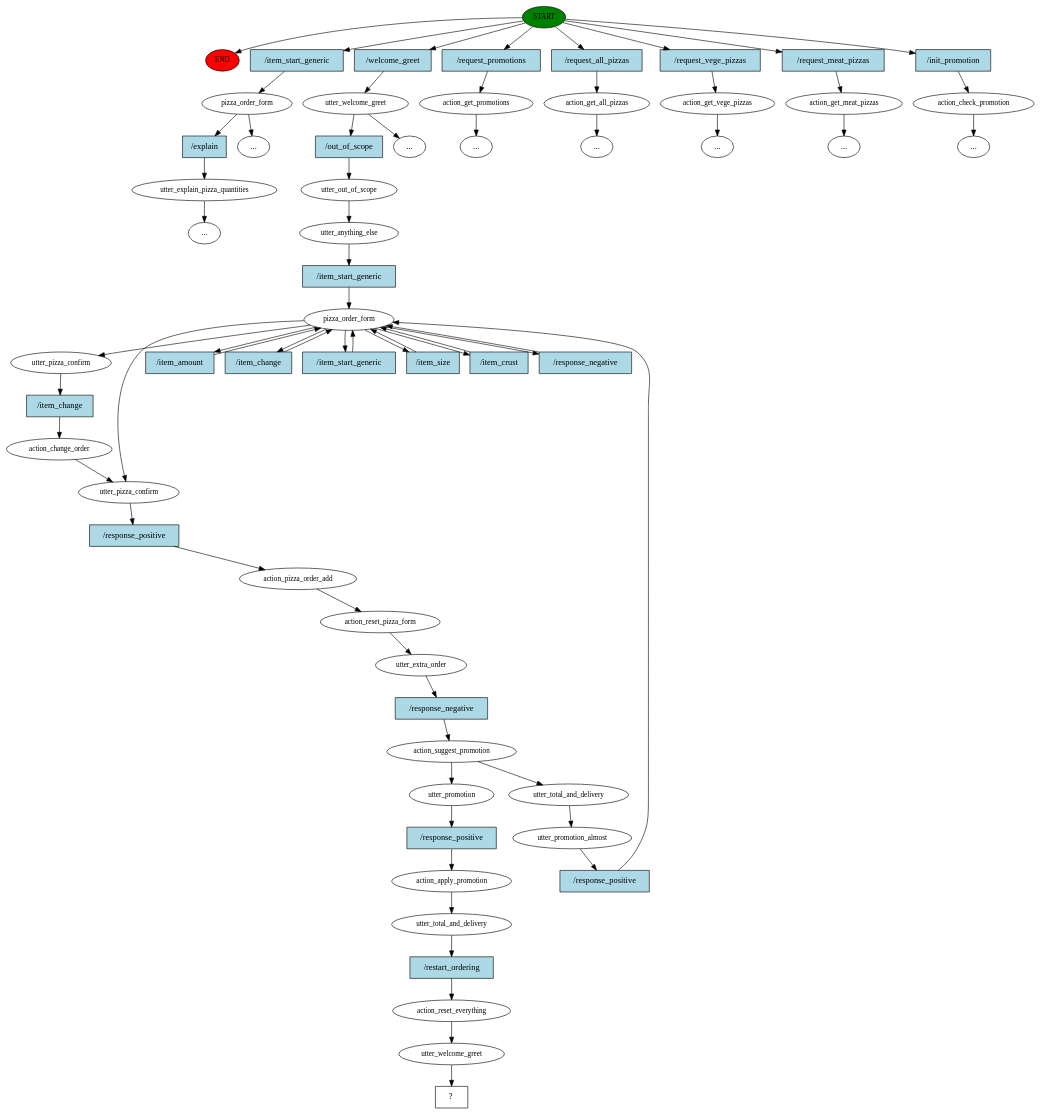
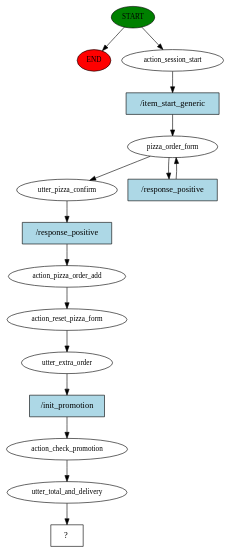
The diagram in story_graph.dot (pasterzewa/HMD-PizzaBot-project), drawn with Graphviz before and after one commit. The commit also changed 383 other files, not shown here.

```diff
--- a/story_graph.dot
+++ b/story_graph.dot
@@ -1,125 +1,32 @@
 digraph  {
 0 [class="start active", fillcolor=green, fontsize=12, label=START, style=filled];
 "-1" [class=end, fillcolor=red, fontsize=12, label=END, style=filled];
-1 [class="", fontsize=12, label=pizza_order_form];
-9 [class=active, fontsize=12, label=utter_welcome_greet];
-41 [class="", fontsize=12, label=action_get_promotions];
-"-44" [class=ellipsis, label="..."];
-45 [class="", fontsize=12, label=action_get_all_pizzas];
-"-47" [class=ellipsis, label="..."];
-46 [class="", fontsize=12, label=action_get_vege_pizzas];
-"-48" [class=ellipsis, label="..."];
-47 [class="", fontsize=12, label=action_get_meat_pizzas];
-"-49" [class=ellipsis, label="..."];
-53 [class="", fontsize=12, label=action_check_promotion];
-"-56" [class=ellipsis, label="..."];
-57 [class="", fontsize=12, label=utter_explain_pizza_quantities];
-"-58" [class=ellipsis, label="..."];
-"-80" [class=ellipsis, label="..."];
-"-94" [class=ellipsis, label="..."];
-95 [class=active, fontsize=12, label=utter_out_of_scope];
-96 [class=active, fontsize=12, label=utter_anything_else];
-97 [class=active, fontsize=12, label=pizza_order_form];
-105 [class=active, fontsize=12, label=utter_pizza_confirm];
-106 [class=active, fontsize=12, label=action_change_order];
-107 [class=active, fontsize=12, label=utter_pizza_confirm];
-108 [class=active, fontsize=12, label=action_pizza_order_add];
-109 [class=active, fontsize=12, label=action_reset_pizza_form];
-110 [class=active, fontsize=12, label=utter_extra_order];
-111 [class=active, fontsize=12, label=action_suggest_promotion];
-112 [class=active, fontsize=12, label=utter_total_and_delivery];
-113 [class=active, fontsize=12, label=utter_promotion_almost];
-125 [class=active, fontsize=12, label=utter_promotion];
-126 [class=active, fontsize=12, label=action_apply_promotion];
-127 [class=active, fontsize=12, label=utter_total_and_delivery];
-128 [class=active, fontsize=12, label=action_reset_everything];
-129 [class=active, fontsize=12, label=utter_welcome_greet];
-130 [class="intent dashed active", label="  ?  ", shape=rect];
-131 [class=intent, fillcolor=lightblue, label="/item_start_generic", shape=rect, style=filled];
-132 [class="intent active", fillcolor=lightblue, label="/welcome_greet", shape=rect, style=filled];
-133 [class=intent, fillcolor=lightblue, label="/request_promotions", shape=rect, style=filled];
-134 [class=intent, fillcolor=lightblue, label="/request_all_pizzas", shape=rect, style=filled];
-135 [class=intent, fillcolor=lightblue, label="/request_vege_pizzas", shape=rect, style=filled];
-136 [class=intent, fillcolor=lightblue, label="/request_meat_pizzas", shape=rect, style=filled];
-137 [class=intent, fillcolor=lightblue, label="/init_promotion", shape=rect, style=filled];
-138 [class=intent, fillcolor=lightblue, label="/explain", shape=rect, style=filled];
-139 [class="intent active", fillcolor=lightblue, label="/out_of_scope", shape=rect, style=filled];
-140 [class="intent active", fillcolor=lightblue, label="/item_start_generic", shape=rect, style=filled];
-141 [class="intent active", fillcolor=lightblue, label="/item_amount", shape=rect, style=filled];
-142 [class="intent active", fillcolor=lightblue, label="/item_change", shape=rect, style=filled];
-143 [class="intent active", fillcolor=lightblue, label="/item_start_generic", shape=rect, style=filled];
-144 [class="intent active", fillcolor=lightblue, label="/item_size", shape=rect, style=filled];
-145 [class="intent active", fillcolor=lightblue, label="/item_crust", shape=rect, style=filled];
-146 [class="intent active", fillcolor=lightblue, label="/response_negative", shape=rect, style=filled];
-147 [class="intent active", fillcolor=lightblue, label="/item_change", shape=rect, style=filled];
-148 [class="intent active", fillcolor=lightblue, label="/response_positive", shape=rect, style=filled];
-149 [class="intent active", fillcolor=lightblue, label="/response_negative", shape=rect, style=filled];
-150 [class="intent active", fillcolor=lightblue, label="/response_positive", shape=rect, style=filled];
-151 [class="intent active", fillcolor=lightblue, label="/response_positive", shape=rect, style=filled];
-152 [class="intent active", fillcolor=lightblue, label="/restart_ordering", shape=rect, style=filled];
+1 [class=active, fontsize=12, label=action_session_start];
+2 [class=active, fontsize=12, label=pizza_order_form];
+4 [class=active, fontsize=12, label=utter_pizza_confirm];
+5 [class=active, fontsize=12, label=action_pizza_order_add];
+6 [class=active, fontsize=12, label=action_reset_pizza_form];
+7 [class=active, fontsize=12, label=utter_extra_order];
+8 [class=active, fontsize=12, label=action_check_promotion];
+9 [class=active, fontsize=12, label=utter_total_and_delivery];
+10 [class="intent dashed active", label="  ?  ", shape=rect];
+11 [class="intent active", fillcolor=lightblue, label="/item_start_generic", shape=rect, style=filled];
+12 [class="intent active", fillcolor=lightblue, label="/response_positive", shape=rect, style=filled];
+13 [class="intent active", fillcolor=lightblue, label="/response_positive", shape=rect, style=filled];
+14 [class="intent active", fillcolor=lightblue, label="/init_promotion", shape=rect, style=filled];
 0 -> "-1"  [class="", key=NONE, label=""];
-0 -> 131  [class="", key=0];
-0 -> 132  [class=active, key=0];
-0 -> 133  [class="", key=0];
-0 -> 134  [class="", key=0];
-0 -> 135  [class="", key=0];
-0 -> 136  [class="", key=0];
-0 -> 137  [class="", key=0];
-1 -> "-94"  [class="", key=NONE, label=""];
-1 -> 138  [class="", key=0];
-9 -> "-80"  [class="", key=NONE, label=""];
-9 -> 139  [class=active, key=0];
-41 -> "-44"  [class="", key=NONE, label=""];
-45 -> "-47"  [class="", key=NONE, label=""];
-46 -> "-48"  [class="", key=NONE, label=""];
-47 -> "-49"  [class="", key=NONE, label=""];
-53 -> "-56"  [class="", key=NONE, label=""];
-57 -> "-58"  [class="", key=NONE, label=""];
-95 -> 96  [class=active, key=NONE, label=""];
-96 -> 140  [class=active, key=0];
-97 -> 105  [class=active, key=NONE, label=""];
-97 -> 107  [class=active, key=NONE, label=""];
-97 -> 141  [class=active, key=0];
-97 -> 142  [class=active, key=0];
-97 -> 143  [class=active, key=0];
-97 -> 144  [class=active, key=0];
-97 -> 145  [class=active, key=0];
-97 -> 146  [class=active, key=0];
-105 -> 147  [class=active, key=0];
-106 -> 107  [class=active, key=NONE, label=""];
-107 -> 148  [class=active, key=0];
-108 -> 109  [class=active, key=NONE, label=""];
-109 -> 110  [class=active, key=NONE, label=""];
-110 -> 149  [class=active, key=0];
-111 -> 112  [class=active, key=NONE, label=""];
-111 -> 125  [class=active, key=NONE, label=""];
-112 -> 113  [class=active, key=NONE, label=""];
-113 -> 150  [class=active, key=0];
-125 -> 151  [class=active, key=0];
-126 -> 127  [class=active, key=NONE, label=""];
-127 -> 152  [class=active, key=0];
-128 -> 129  [class=active, key=NONE, label=""];
-129 -> 130  [class=active, key=NONE, label=""];
-131 -> 1  [class="", key=0];
-132 -> 9  [class=active, key=0];
-133 -> 41  [class="", key=0];
-134 -> 45  [class="", key=0];
-135 -> 46  [class="", key=0];
-136 -> 47  [class="", key=0];
-137 -> 53  [class="", key=0];
-138 -> 57  [class="", key=0];
-139 -> 95  [class=active, key=0];
-140 -> 97  [class=active, key=0];
-141 -> 97  [class=active, key=0];
-142 -> 97  [class=active, key=0];
-143 -> 97  [class=active, key=0];
-144 -> 97  [class=active, key=0];
-145 -> 97  [class=active, key=0];
-146 -> 97  [class=active, key=0];
-147 -> 106  [class=active, key=0];
-148 -> 108  [class=active, key=0];
-149 -> 111  [class=active, key=0];
-150 -> 97  [class=active, key=0];
-151 -> 126  [class=active, key=0];
-152 -> 128  [class=active, key=0];
+0 -> 1  [class=active, key=NONE, label=""];
+1 -> 11  [class=active, key=0];
+2 -> 4  [class=active, key=NONE, label=""];
+2 -> 12  [class=active, key=0];
+4 -> 13  [class=active, key=0];
+5 -> 6  [class=active, key=NONE, label=""];
+6 -> 7  [class=active, key=NONE, label=""];
+7 -> 14  [class=active, key=0];
+8 -> 9  [class=active, key=NONE, label=""];
+9 -> 10  [class=active, key=NONE, label=""];
+11 -> 2  [class=active, key=0];
+12 -> 2  [class=active, key=0];
+13 -> 5  [class=active, key=0];
+14 -> 8  [class=active, key=0];
 }
```
